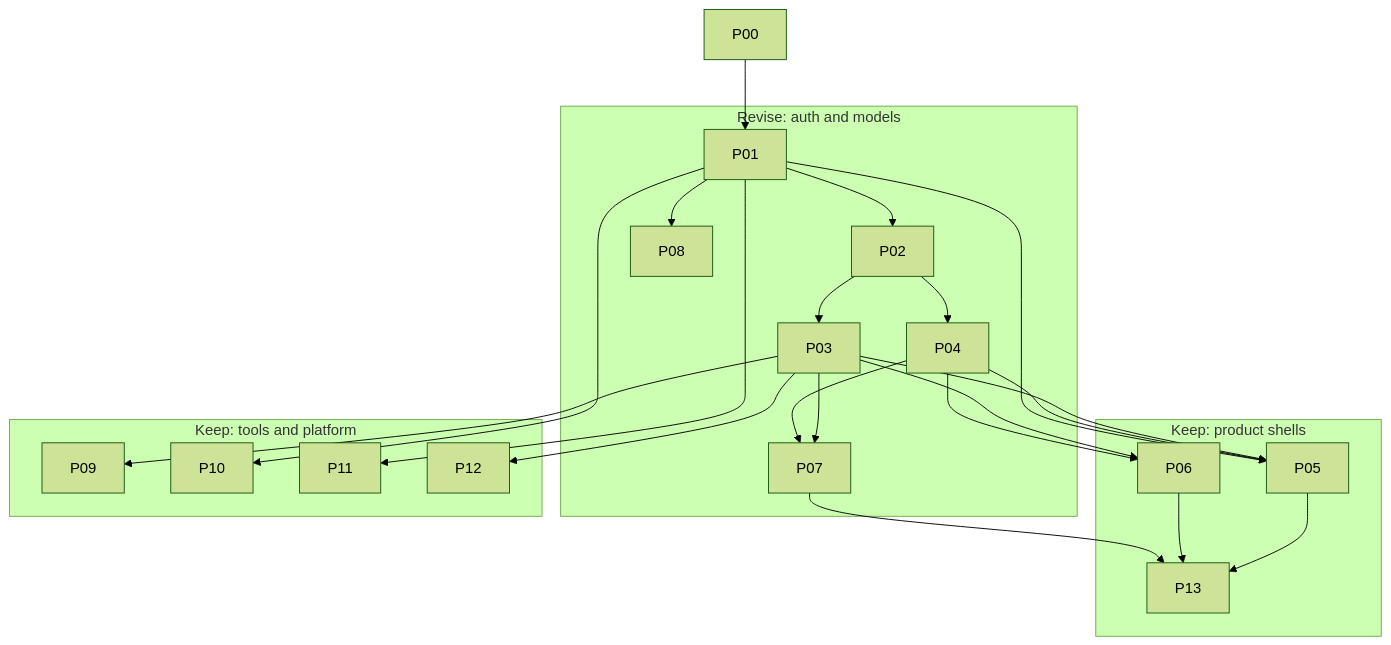
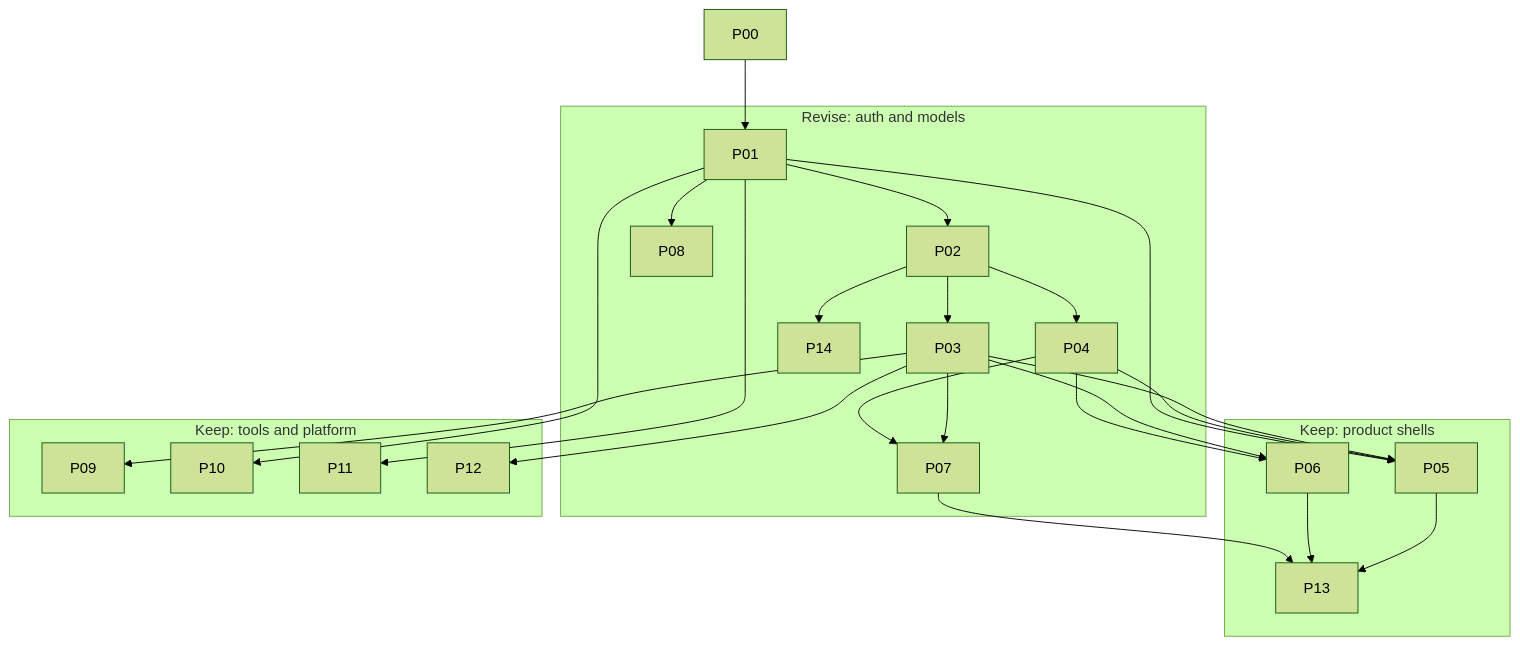
Before and after one commit to christopherwolf1/grok-build-local: the fifth of 5 diagrams in phases/dag.md, drawn with Mermaid (forest theme). The commit also changed other lines of this file and 14 other files, not shown here.

````diff
--- a/phases/dag.md
+++ b/phases/dag.md
@@ -97,41 +100,43 @@
 ```mermaid
 flowchart TB
   subgraph revise [Revise: auth and models]
     P01
     P02
     P03
     P04
     P07
     P08
+    P14
   end
   subgraph product [Keep: product shells]
     P05
     P06
     P13
   end
   subgraph keep [Keep: tools and platform]
     P09
     P10
     P11
     P12
   end
   P00 --> P01
   P01 --> P02
   P01 --> P08
   P01 --> P10
   P01 --> P11
   P02 --> P03
   P02 --> P04
+  P02 --> P14
   P03 --> P05
   P04 --> P05
   P01 --> P05
   P03 --> P06
   P04 --> P06
   P03 --> P07
   P04 --> P07
   P03 --> P09
   P03 --> P12
   P05 --> P13
   P06 --> P13
   P07 --> P13
 ```
````
